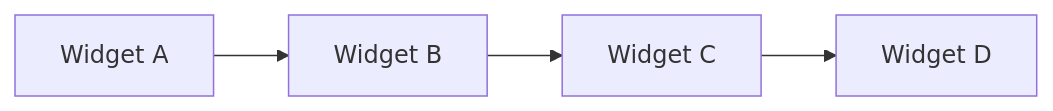
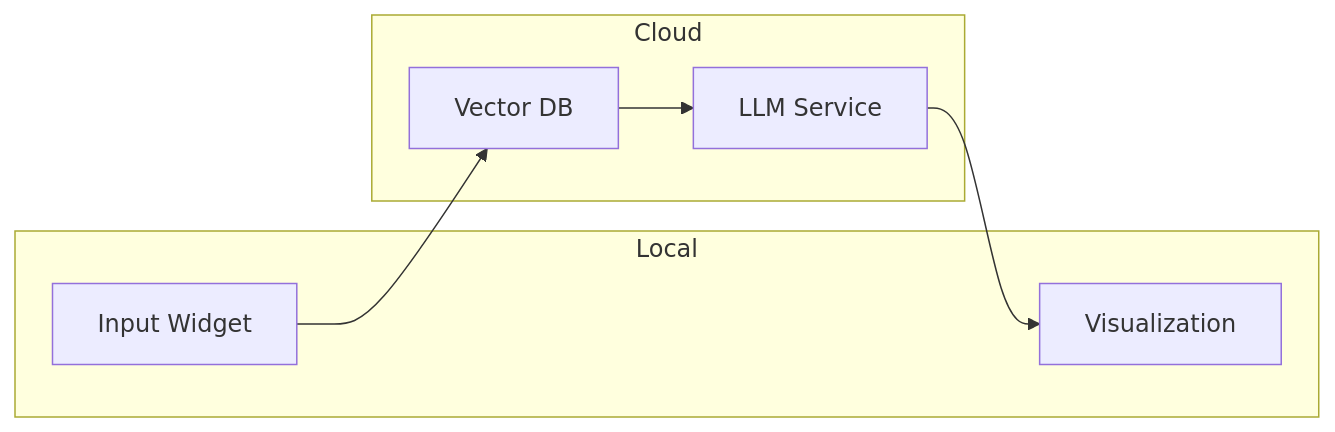
One commit to usirin/monorepo changed the sixth of 7 diagrams in dream/001-widget-communication.md. Above: the diagram before and after it, drawn with Mermaid. The commit also changed other lines of this file, not shown here.

````diff
--- a/dream/001-widget-communication.md
+++ b/dream/001-widget-communication.md
@@ -49,4 +104,15 @@
 ```mermaid
 graph LR
-    A[Widget A] --> B[Widget B] --> C[Widget C] --> D[Widget D]
+    A[Input Widget] --> B[Vector DB]
+    B --> C[LLM Service]
+    C --> D[Visualization]
+    
+    subgraph Local
+        A
+        D
+    end
+    subgraph Cloud
+        B
+        C
+    end
 ```
````
